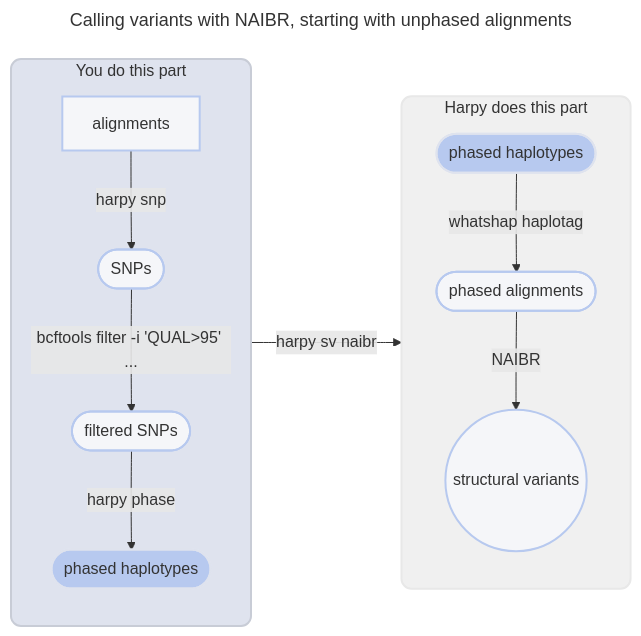
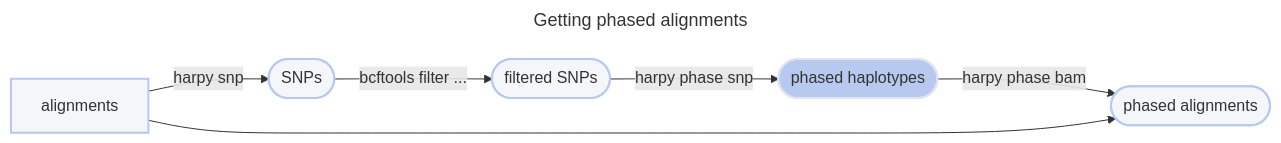
The first of 2 diagrams in Workflows/SV/naibr.md (pdimens/harpy), drawn with Mermaid before and after one commit. The commit also changed other lines of this file and 12 other files, not shown here.

````diff
--- a/Workflows/SV/naibr.md
+++ b/Workflows/SV/naibr.md
@@ -118,20 +100,13 @@
 ```mermaid
 ---
-title: Calling variants with NAIBR, starting with unphased alignments
+title: Getting phased alignments
 ---
 graph LR
-    subgraph id2 ["You do this part"]
-        aln[alignments]:::clean-->|harpy snp|snps([SNPs]):::clean
-        snps-->|bcftools filter -i 'QUAL>95' ...|filt([filtered SNPs]):::clean
-        filt-->|harpy phase|phase([phased haplotypes]):::phase
-    end
-    id2-->|harpy sv naibr|id1
-    subgraph id1 ["Harpy does this part"]
-        phase2([phased haplotypes]):::phase-->|whatshap haplotag|aln2:::clean
-        aln2([phased alignments])-->|NAIBR|results((structural variants)):::clean
-    end
-    style id1 fill:#f0f0f0,stroke:#e8e8e8,stroke-width:2px,rx:10px,ry:10px
-    style id2 fill:#dfe3ee,stroke:#c8ccd6,stroke-width:2px,rx:10px,ry:10px
+    aln[alignments]:::clean-->|harpy snp|snps([SNPs]):::clean
+    snps-->|bcftools filter ...|filt([filtered SNPs]):::clean
+    filt-->|harpy phase snp|phase([phased haplotypes]):::phase
+    phase:::phase-->|harpy phase bam|aln2([phased alignments]):::clean
+    aln-->aln2
     classDef phase fill:#b7c9ef,stroke:#dfe3ee,stroke-width:2px
     classDef clean fill:#f5f6f9,stroke:#b7c9ef,stroke-width:2px
 ```
````
